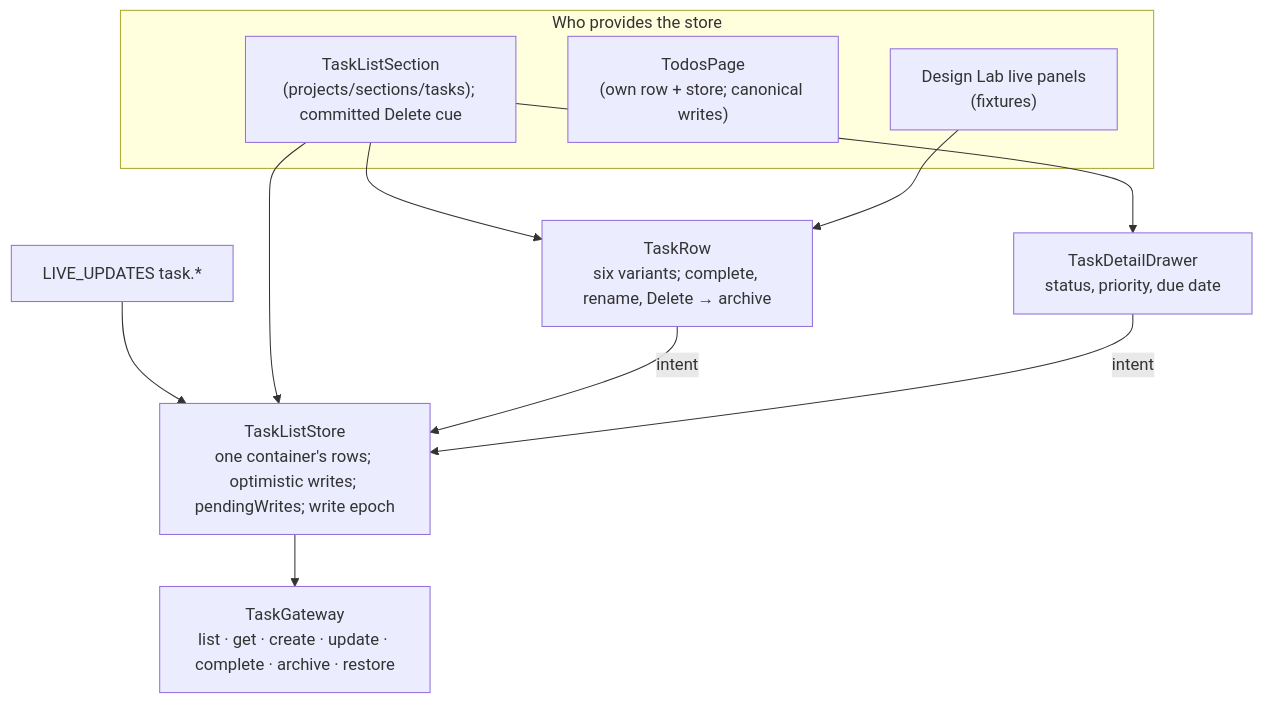
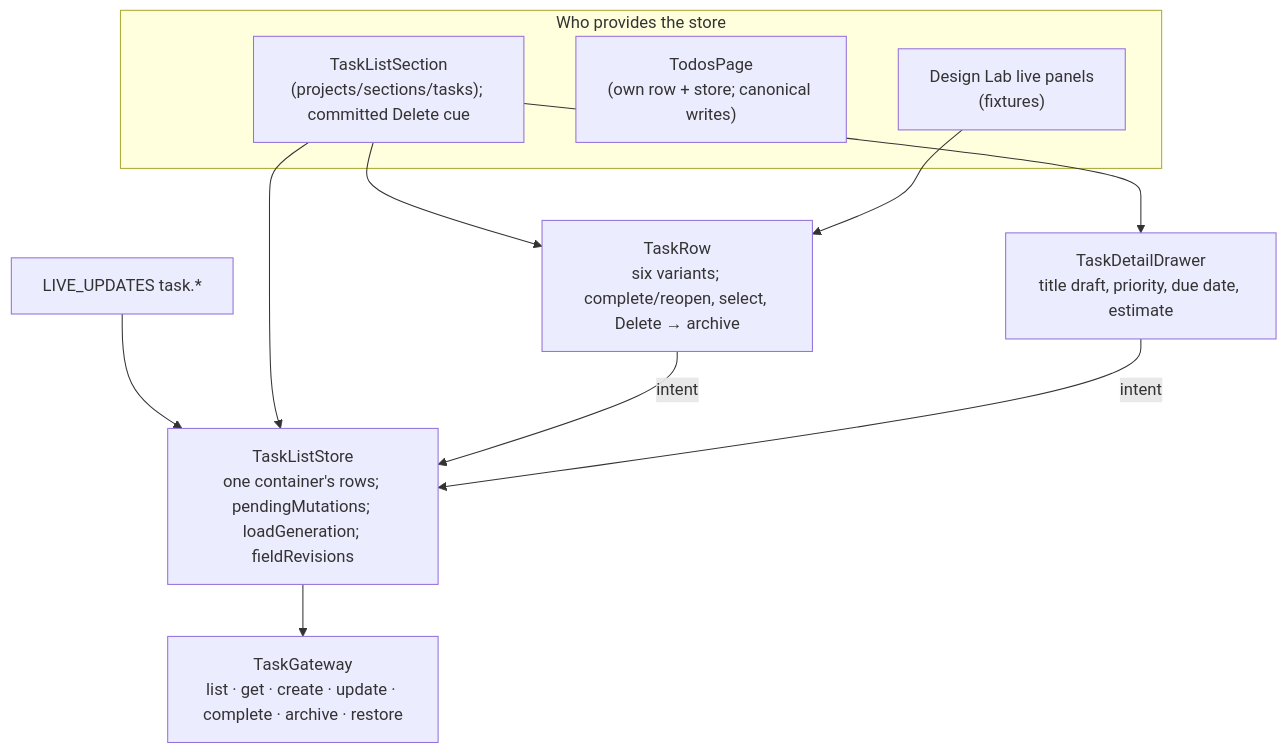
Before and after one commit to CalciteDragon/Canvas-work-manager-prototype: the first of 2 diagrams in docs/architecture/web/tasks/what.md, drawn with Mermaid. The commit also changed other lines of this file and 50 other files, not shown here.

Commit message:
feat(slice-61): reopen task checkboxes and select drawer editing (§34, §63)

````diff
--- a/docs/architecture/web/tasks/what.md
+++ b/docs/architecture/web/tasks/what.md
@@ -5,20 +5,20 @@
 ```mermaid
 flowchart TB
   live["LIVE_UPDATES task.*"] --> store
   subgraph owners["Who provides the store"]
     tls["TaskListSection<br/>(projects/sections/tasks); committed Delete cue"]
     todos["TodosPage<br/>(own row + store; canonical writes)"]
     lab["Design Lab live panels<br/>(fixtures)"]
   end
-  store["TaskListStore<br/>one container's rows; optimistic writes; pendingWrites; write epoch"]
-  row["TaskRow<br/>six variants; complete, rename, Delete → archive"]
-  drawer["TaskDetailDrawer<br/>status, priority, due date"]
+  store["TaskListStore<br/>one container's rows; pendingMutations; loadGeneration; fieldRevisions"]
+  row["TaskRow<br/>six variants; complete/reopen, select, Delete → archive"]
+  drawer["TaskDetailDrawer<br/>title draft, priority, due date, estimate"]
   gw["TaskGateway<br/>list · get · create · update · complete · archive · restore"]
   tls --> store
   store --> gw
   tls --> row
   tls --> drawer
   lab --> row
   row -->|intent| store
   drawer -->|intent| store
 ```
````
